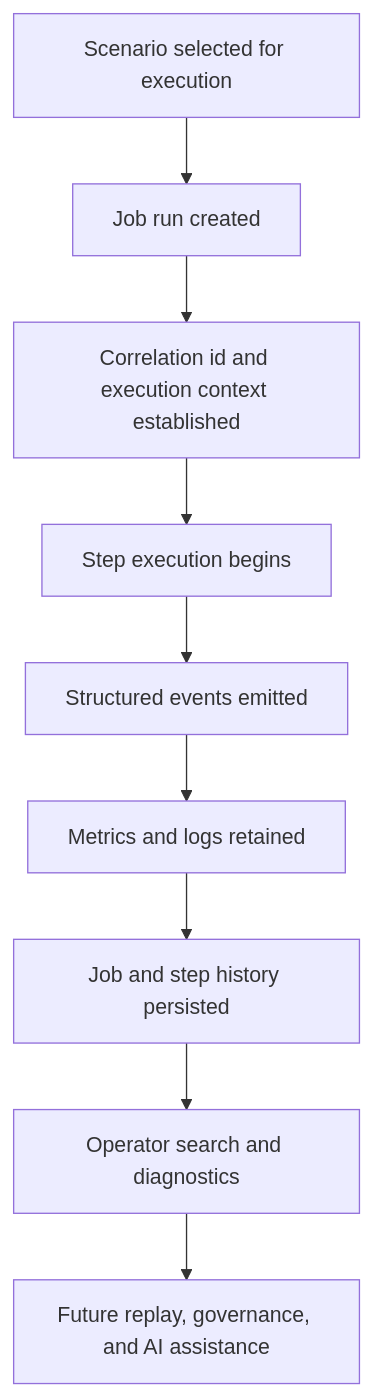
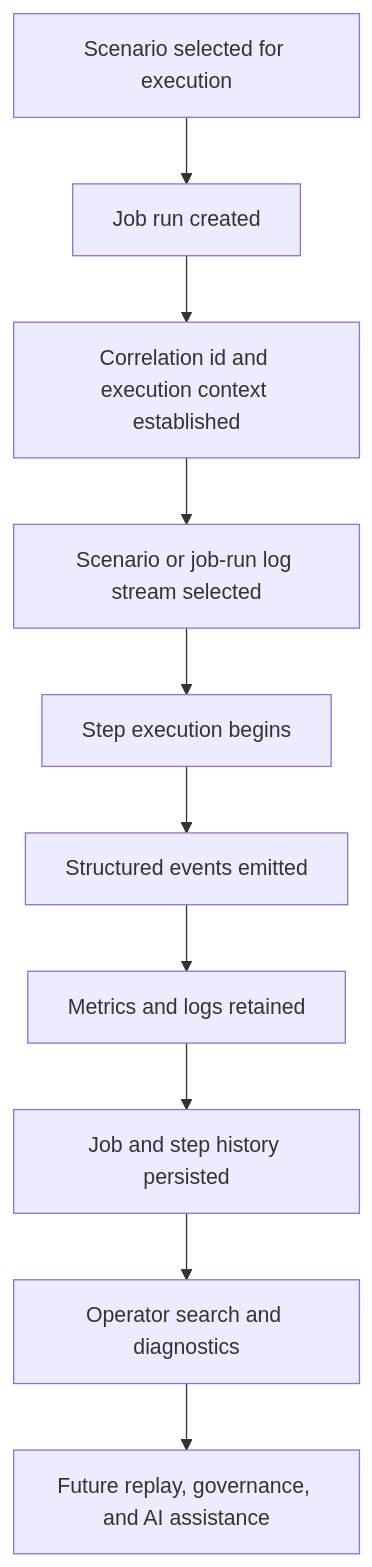
One commit to kbalanandam/spring-etl-engine changed the diagram in docs/architecture/job-history-and-operational-observability.md. Above: the diagram before and after it, drawn with Mermaid. The commit also changed other lines of this file and 30 other files, not shown here.

````diff
--- a/docs/architecture/job-history-and-operational-observability.md
+++ b/docs/architecture/job-history-and-operational-observability.md
@@ -57,11 +60,12 @@
 ```mermaid
 flowchart TD
     A[Scenario selected for execution] --> B[Job run created]
     B --> C[Correlation id and execution context established]
-    C --> D[Step execution begins]
-    D --> E[Structured events emitted]
-    E --> F[Metrics and logs retained]
-    F --> G[Job and step history persisted]
-    G --> H[Operator search and diagnostics]
-    H --> I[Future replay, governance, and AI assistance]
+    C --> D[Scenario or job-run log stream selected]
+    D --> E[Step execution begins]
+    E --> F[Structured events emitted]
+    F --> G[Metrics and logs retained]
+    G --> H[Job and step history persisted]
+    H --> I[Operator search and diagnostics]
+    I --> J[Future replay, governance, and AI assistance]
 ```
````
